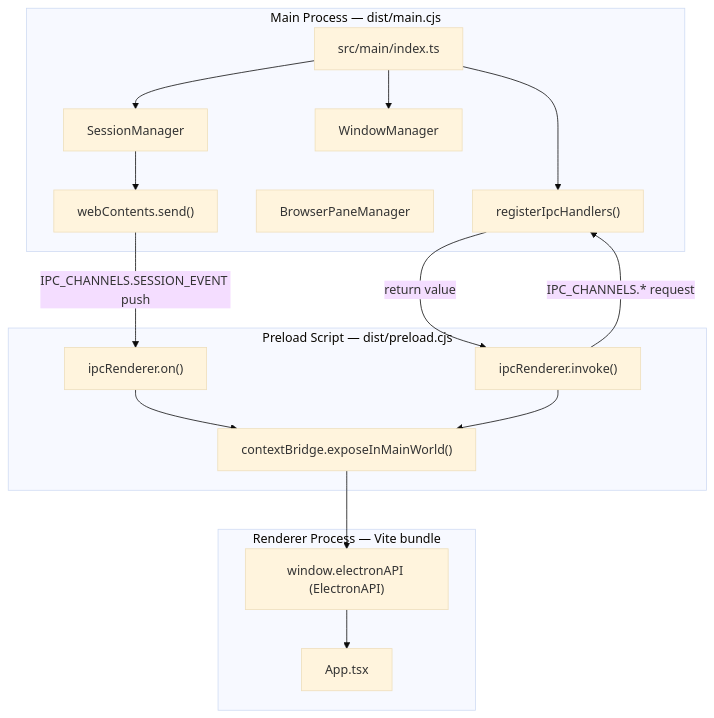
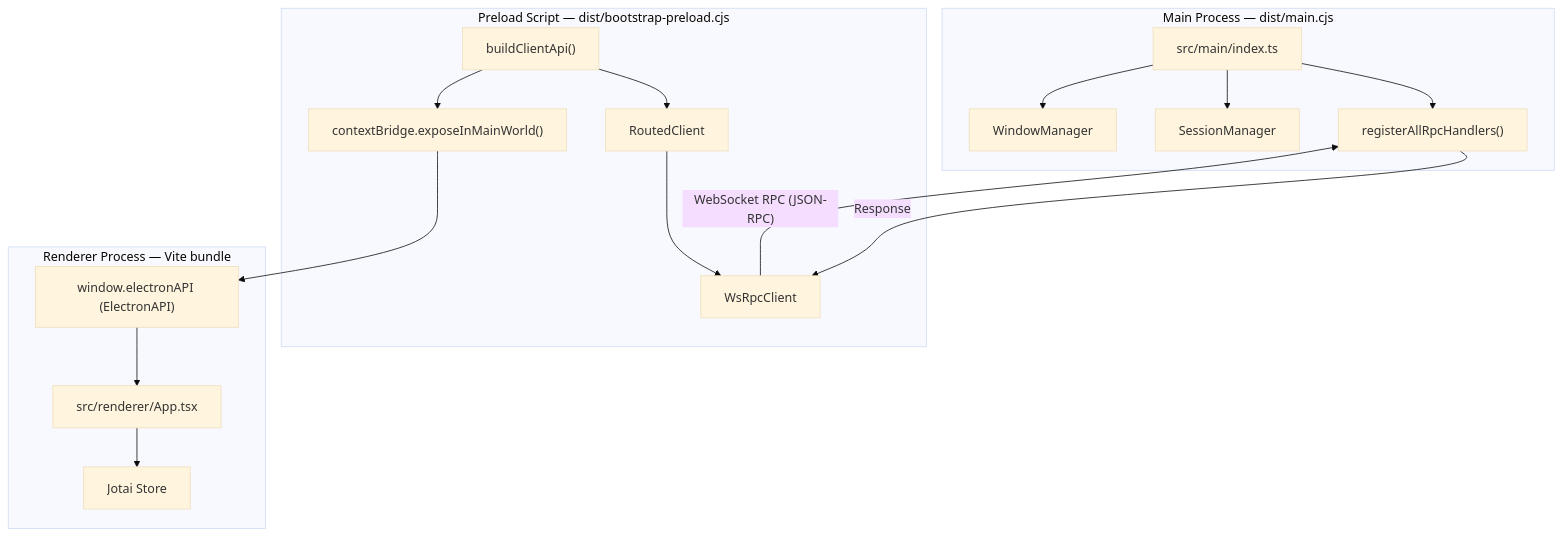
Before and after one commit to blackcater/zentree: the first of 3 diagrams in docs/lukilabs_craft-agents-oss/architecture/electron-application-architecture.md, drawn with Mermaid (base theme). The commit also changed other lines of this file and 232 other files, not shown here.

````diff
--- a/docs/lukilabs_craft-agents-oss/architecture/electron-application-architecture.md
+++ b/docs/lukilabs_craft-agents-oss/architecture/electron-application-architecture.md
@@ -36,36 +36,36 @@
 ```mermaid
 graph TD
   subgraph MainProc["Main Process — dist/main.cjs"]
     mainEntry["src/main/index.ts"]
-    registerIpcHandlers["registerIpcHandlers()"]
+    registerRpcHandlers["registerAllRpcHandlers()"]
     SessionMgr["SessionManager"]
     WindowMgr["WindowManager"]
-    BrowserPaneMgr["BrowserPaneManager"]
-    webContentsSend["webContents.send()"]
   end
 
-  subgraph PreloadProc["Preload Script — dist/preload.cjs"]
+  subgraph PreloadProc["Preload Script — dist/bootstrap-preload.cjs"]
+    routedClient["RoutedClient"]
+    wsRpcClient["WsRpcClient"]
     contextBridgeExp["contextBridge.exposeInMainWorld()"]
-    ipcRendererInvoke["ipcRenderer.invoke()"]
-    ipcRendererOn["ipcRenderer.on()"]
+    buildClientApi["buildClientApi()"]
   end
 
   subgraph RendererProc["Renderer Process — Vite bundle"]
     winAPI["window.electronAPI (ElectronAPI)"]
-    AppTsx["App.tsx"]
+    AppTsx["src/renderer/App.tsx"]
+    jotaiStore["Jotai Store"]
   end
 
-  mainEntry --> registerIpcHandlers
+  mainEntry --> registerRpcHandlers
   mainEntry --> SessionMgr
   mainEntry --> WindowMgr
 
-  ipcRendererInvoke -->|"IPC_CHANNELS.* request"| registerIpcHandlers
-  registerIpcHandlers -->|"return value"| ipcRendererInvoke
+  wsRpcClient -->|"WebSocket RPC (JSON-RPC)"| registerRpcHandlers
+  registerRpcHandlers -->|"Response"| wsRpcClient
 
-  SessionMgr --> webContentsSend
-  webContentsSend -->|"IPC_CHANNELS.SESSION_EVENT push"| ipcRendererOn
-  ipcRendererOn --> contextBridgeExp
-  ipcRendererInvoke --> contextBridgeExp
+  routedClient --> wsRpcClient
+  buildClientApi --> routedClient
+  buildClientApi --> contextBridgeExp
   contextBridgeExp --> winAPI
   winAPI --> AppTsx
+  AppTsx --> jotaiStore
 ```
````
